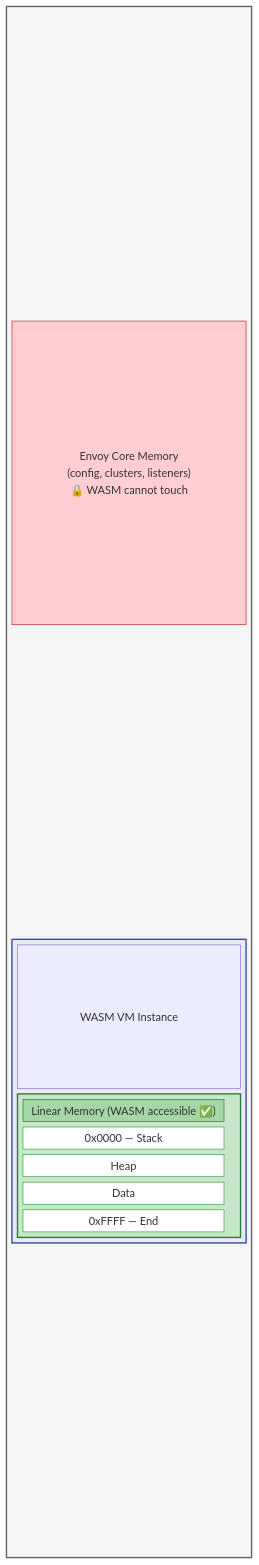
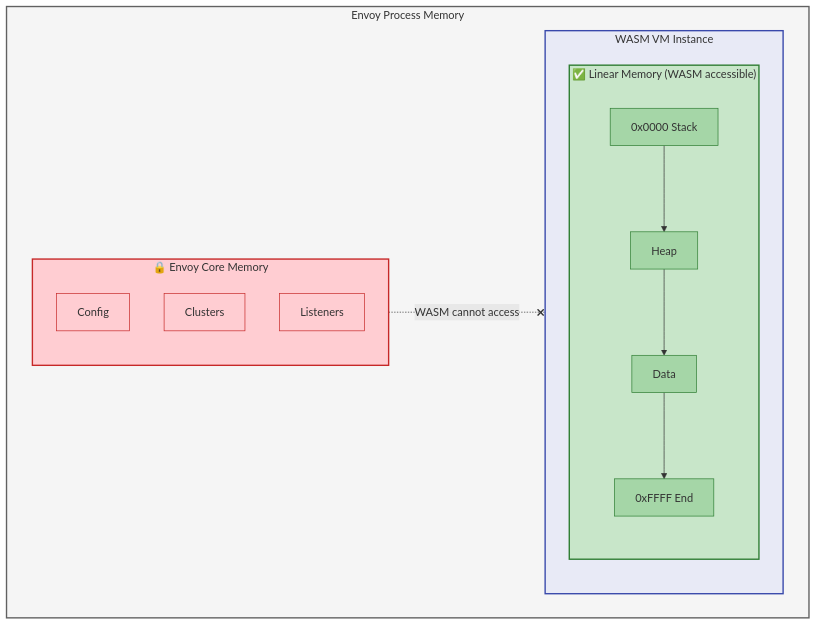
Before and after one commit to nirvanagit/servicemeshblog: the fifth of 7 diagrams in content/blog/how-wasm-works-in-envoy.md, drawn with Mermaid.

Commit message:
update image

````diff
--- a/content/blog/how-wasm-works-in-envoy.md
+++ b/content/blog/how-wasm-works-in-envoy.md
@@ -170,34 +170,30 @@
 ```mermaid
-block-beta
-    columns 3
-
-    block:envoy:3
-        columns 3
-        space:3
-        A["Envoy Core Memory\n(config, clusters, listeners)\n🔒 WASM cannot touch"]:3
-        space:3
-        block:vm:3
-            columns 1
-            B["WASM VM Instance"]
-            block:linear
-                columns 1
-                C["Linear Memory (WASM accessible ✅)"]
-                D["0x0000 — Stack"]
-                E["Heap"]
-                F["Data"]
-                G["0xFFFF — End"]
+graph LR
+    subgraph Process["Envoy Process Memory"]
+        direction LR
+        subgraph Core["🔒 Envoy Core Memory"]
+            A1["Config"]
+            A2["Clusters"]
+            A3["Listeners"]
+        end
+        subgraph VM["WASM VM Instance"]
+            subgraph Linear["✅ Linear Memory (WASM accessible)"]
+                B1["0x0000 Stack"] --> B2["Heap"] --> B3["Data"] --> B4["0xFFFF End"]
             end
         end
-        space:3
     end
 
-    style envoy fill:#f5f5f5,stroke:#616161,stroke-width:2px
-    style A fill:#ffcdd2,stroke:#c62828,color:#b71c1c
-    style vm fill:#e8eaf6,stroke:#3949ab,stroke-width:2px
-    style linear fill:#c8e6c9,stroke:#2e7d32,stroke-width:2px
-    style C fill:#a5d6a7,stroke:#2e7d32,color:#1b5e20
-    style D fill:#fff,stroke:#43a047
-    style E fill:#fff,stroke:#43a047
-    style F fill:#fff,stroke:#43a047
-    style G fill:#fff,stroke:#43a047
+    Core -.-x|"WASM cannot access"| VM
+
+    style Process fill:#f5f5f5,stroke:#616161,stroke-width:2px
+    style Core fill:#ffcdd2,stroke:#c62828,stroke-width:2px
+    style VM fill:#e8eaf6,stroke:#3949ab,stroke-width:2px
+    style Linear fill:#c8e6c9,stroke:#2e7d32,stroke-width:2px
+    style A1 fill:#ffcdd2,stroke:#c62828
+    style A2 fill:#ffcdd2,stroke:#c62828
+    style A3 fill:#ffcdd2,stroke:#c62828
+    style B1 fill:#a5d6a7,stroke:#2e7d32
+    style B2 fill:#a5d6a7,stroke:#2e7d32
+    style B3 fill:#a5d6a7,stroke:#2e7d32
+    style B4 fill:#a5d6a7,stroke:#2e7d32
 ```
````
